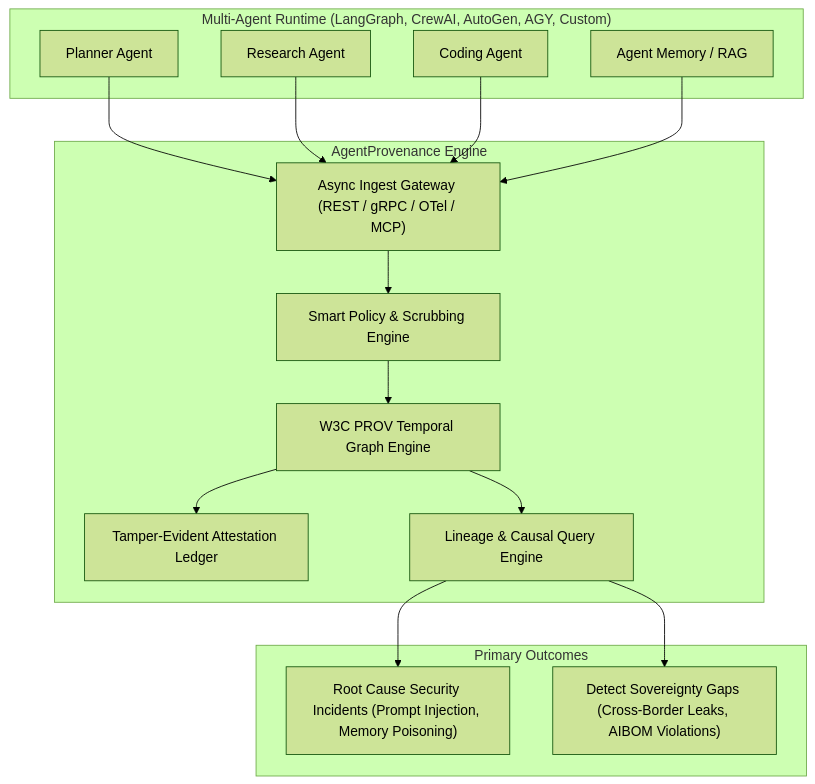
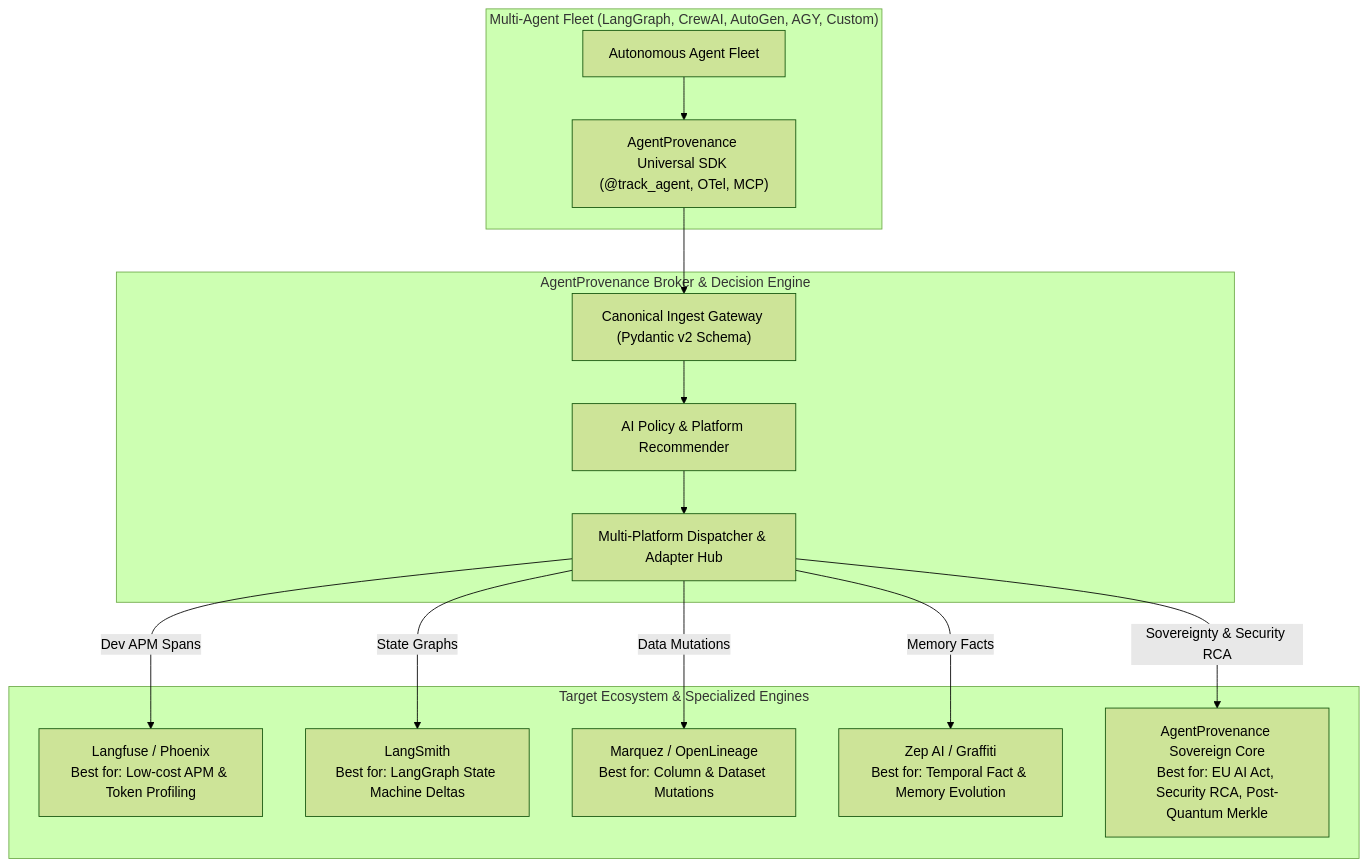
The diagram in README.md (SRP-alohamora/AgentProvenance), drawn with Mermaid (forest theme) before and after one commit. The commit also changed other lines of this file and 3 other files, not shown here.

Commit message:
feat: adopt platform-agnostic meta-router direction, update PRD, README, personas, and problem statement

````diff
--- a/README.md
+++ b/README.md
@@ -27,32 +50,29 @@
 ```mermaid
 graph TD
-    subgraph MultiAgentSystem["Multi-Agent Runtime (LangGraph, CrewAI, AutoGen, AGY, Custom)"]
-        Planner["Planner Agent"]
-        Worker1["Research Agent"]
-        Worker2["Coding Agent"]
-        Memory["Agent Memory / RAG"]
+    subgraph ClientFleet["Multi-Agent Fleet (LangGraph, CrewAI, AutoGen, AGY, Custom)"]
+        FleetAgents["Autonomous Agent Fleet"]
+        SingleSDK["AgentProvenance Universal SDK (@track_agent, OTel, MCP)"]
     end
 
-    subgraph AgentProvenance["AgentProvenance Engine"]
-        Ingestion["Async Ingest Gateway (REST / gRPC / OTel / MCP)"]
-        Guard["Smart Policy & Scrubbing Engine"]
-        GraphCore["W3C PROV Temporal Graph Engine"]
-        Attest["Tamper-Evident Attestation Ledger"]
-        QueryEngine["Lineage & Causal Query Engine"]
+    subgraph MetaBroker["AgentProvenance Broker & Decision Engine"]
+        IngestGateway["Canonical Ingest Gateway (Pydantic v2 Schema)"]
+        LLMRecommender["AI Policy & Platform Recommender"]
+        Dispatcher["Multi-Platform Dispatcher & Adapter Hub"]
     end
 
-    subgraph DualOutcomes["Primary Outcomes"]
-        SecRCA["Root Cause Security Incidents (Prompt Injection, Memory Poisoning)"]
-        SovAudit["Detect Sovereignty Gaps (Cross-Border Leaks, AIBOM Violations)"]
+    subgraph TargetBackends["Target Ecosystem & Specialized Engines"]
+        P_Langfuse["Langfuse / Phoenix<br>Best for: Low-cost APM & Token Profiling"]
+        P_LangSmith["LangSmith<br>Best for: LangGraph State Machine Deltas"]
+        P_OpenLineage["Marquez / OpenLineage<br>Best for: Column & Dataset Mutations"]
+        P_Zep["Zep AI / Graffiti<br>Best for: Temporal Fact & Memory Evolution"]
+        P_Sovereign["AgentProvenance Sovereign Core<br>Best for: EU AI Act, Security RCA, Post-Quantum Merkle"]
     end
 
-    Planner --> Ingestion
-    Worker1 --> Ingestion
-    Worker2 --> Ingestion
-    Memory --> Ingestion
-
-    Ingestion --> Guard --> GraphCore --> Attest
-    GraphCore --> QueryEngine
-    QueryEngine --> SecRCA
-    QueryEngine --> SovAudit
+    FleetAgents --> SingleSDK --> IngestGateway
+    IngestGateway --> LLMRecommender --> Dispatcher
+    Dispatcher -->|Dev APM Spans| P_Langfuse
+    Dispatcher -->|State Graphs| P_LangSmith
+    Dispatcher -->|Data Mutations| P_OpenLineage
+    Dispatcher -->|Memory Facts| P_Zep
+    Dispatcher -->|Sovereignty & Security RCA| P_Sovereign
 ```
````
